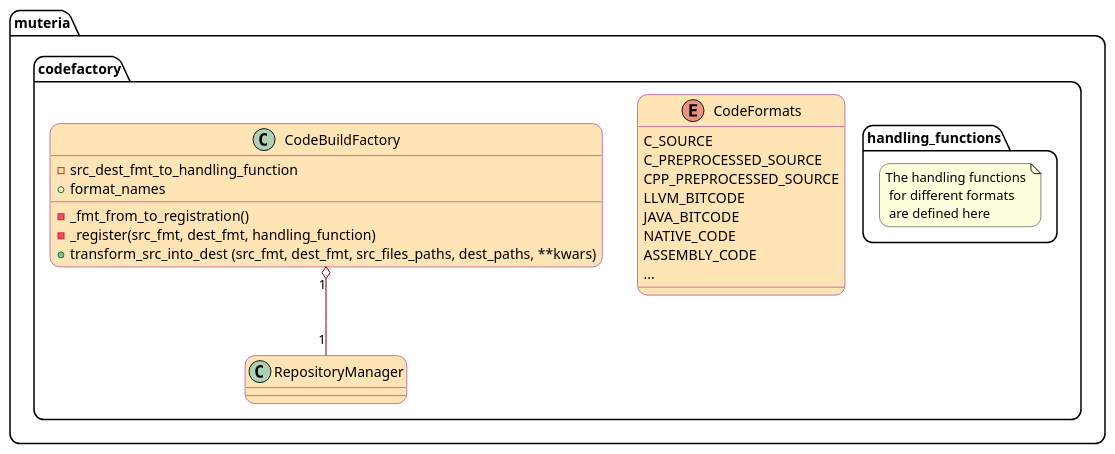
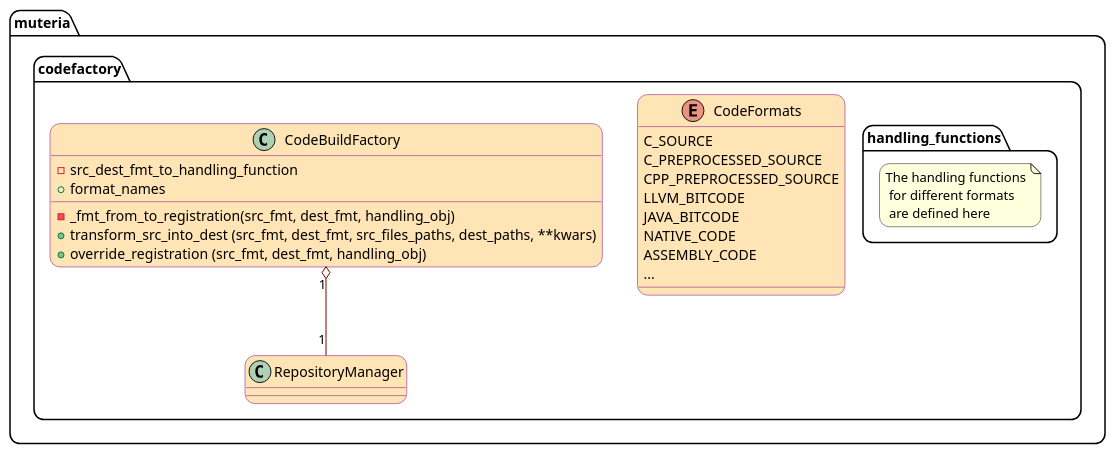
The diagram in doc/plantUML/uml_src/codefactory-classdiagram.puml (thierry-tct/muteria), drawn with PlantUML before and after one commit. The commit also changed 19 other files, not shown here.

```diff
--- a/doc/plantUML/uml_src/codefactory-classdiagram.puml
+++ b/doc/plantUML/uml_src/codefactory-classdiagram.puml
@@ -1,38 +1,38 @@
 @startuml
 /'-------------- Style ----------------'/
 skinparam roundcorner 20
 skinparam class {
 	BackgroundColor Moccasin
 	ArrowColor Maroon
 	BorderColor Purple
 }
 skinparam stereotypeCBackgroundColor YellowGreen
 /'---------------------------------------'/
 
 'interface 
 package muteria.codefactory {
     package handling_functions {
         note "The handling functions\n for different formats\n are defined here" as N1        
     }
     enum CodeFormats {
         C_SOURCE
         C_PREPROCESSED_SOURCE
         CPP_PREPROCESSED_SOURCE
         LLVM_BITCODE
         JAVA_BITCODE
         NATIVE_CODE
         ASSEMBLY_CODE
         ...
     }
     class RepositoryManager 
     class CodeBuildFactory {
         - src_dest_fmt_to_handling_function
         + format_names 
-        - _fmt_from_to_registration()
-        - _register(src_fmt, dest_fmt, handling_function)
+        - _fmt_from_to_registration(src_fmt, dest_fmt, handling_obj)
         + transform_src_into_dest (src_fmt, dest_fmt, src_files_paths, dest_paths, **kwars)
+        + override_registration (src_fmt, dest_fmt, handling_obj)
     }
     CodeBuildFactory "1" o-- "1" RepositoryManager
 }
 
 @enduml
```
